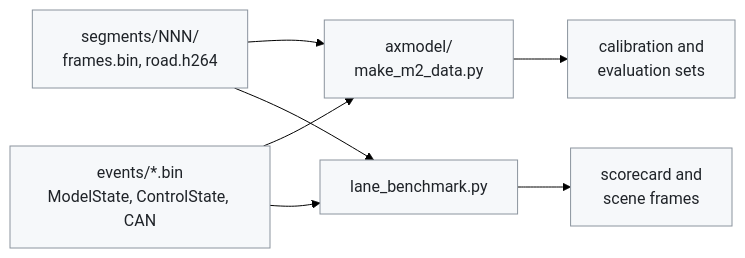
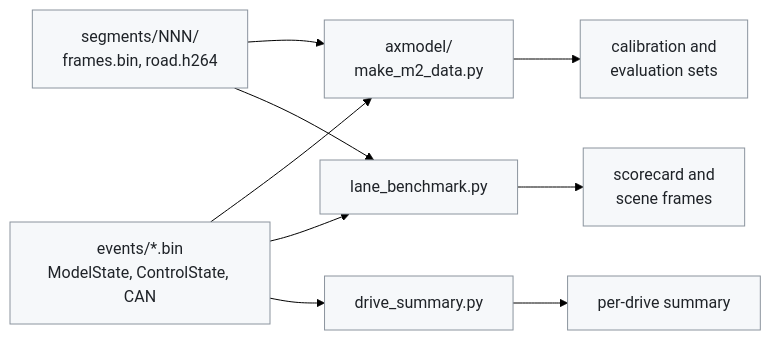
One commit to cwal1220/edgepilot changed the diagram in tools/model/README.md. Above: the diagram before and after it, drawn with Mermaid (forest theme). The commit also changed other lines of this file and 7 other files, not shown here.

First line of the commit message:
tools: drive_summary.py, the per-drive review in one pass

````diff
--- a/tools/model/README.md
+++ b/tools/model/README.md
@@ -13,13 +13,15 @@
 ```mermaid
 flowchart LR
     video["segments/NNN/<br>frames.bin, road.h264"]
     events["events/*.bin<br>ModelState, ControlState, CAN"]
     video --> m2["axmodel/<br>make_m2_data.py"]
     events --> m2
     events --> bench["lane_benchmark.py"]
+    events --> summary["drive_summary.py"]
     video --> bench
     m2 --> sets["calibration and<br>evaluation sets"]
     bench --> card["scorecard and<br>scene frames"]
+    summary --> drive["per-drive summary"]
     classDef proc fill:#f6f8fa,stroke:#8b949e,color:#1f2328
-    class video,events,m2,bench,sets,card proc
+    class video,events,m2,bench,sets,card,summary,drive proc
 ```
````
